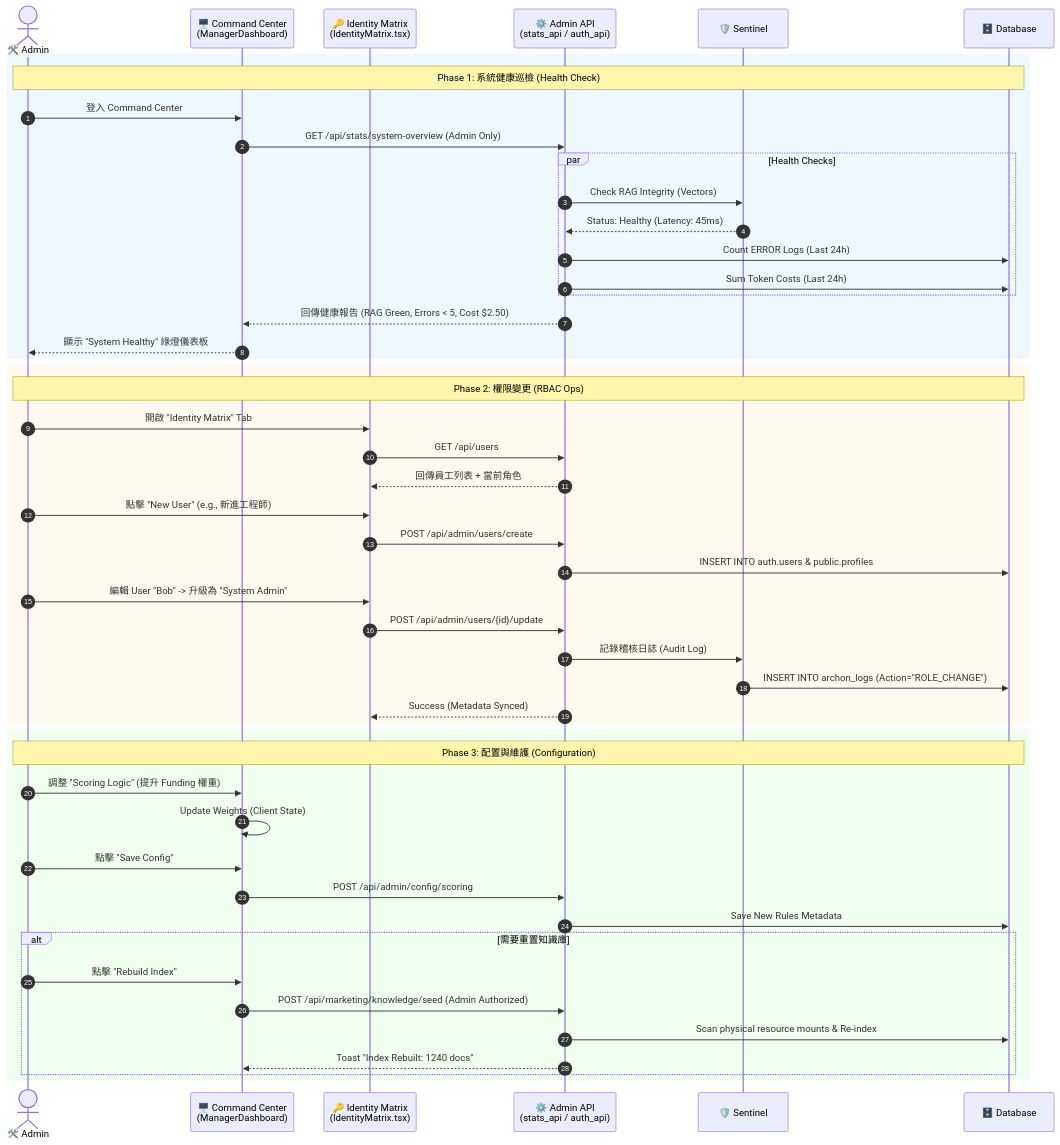
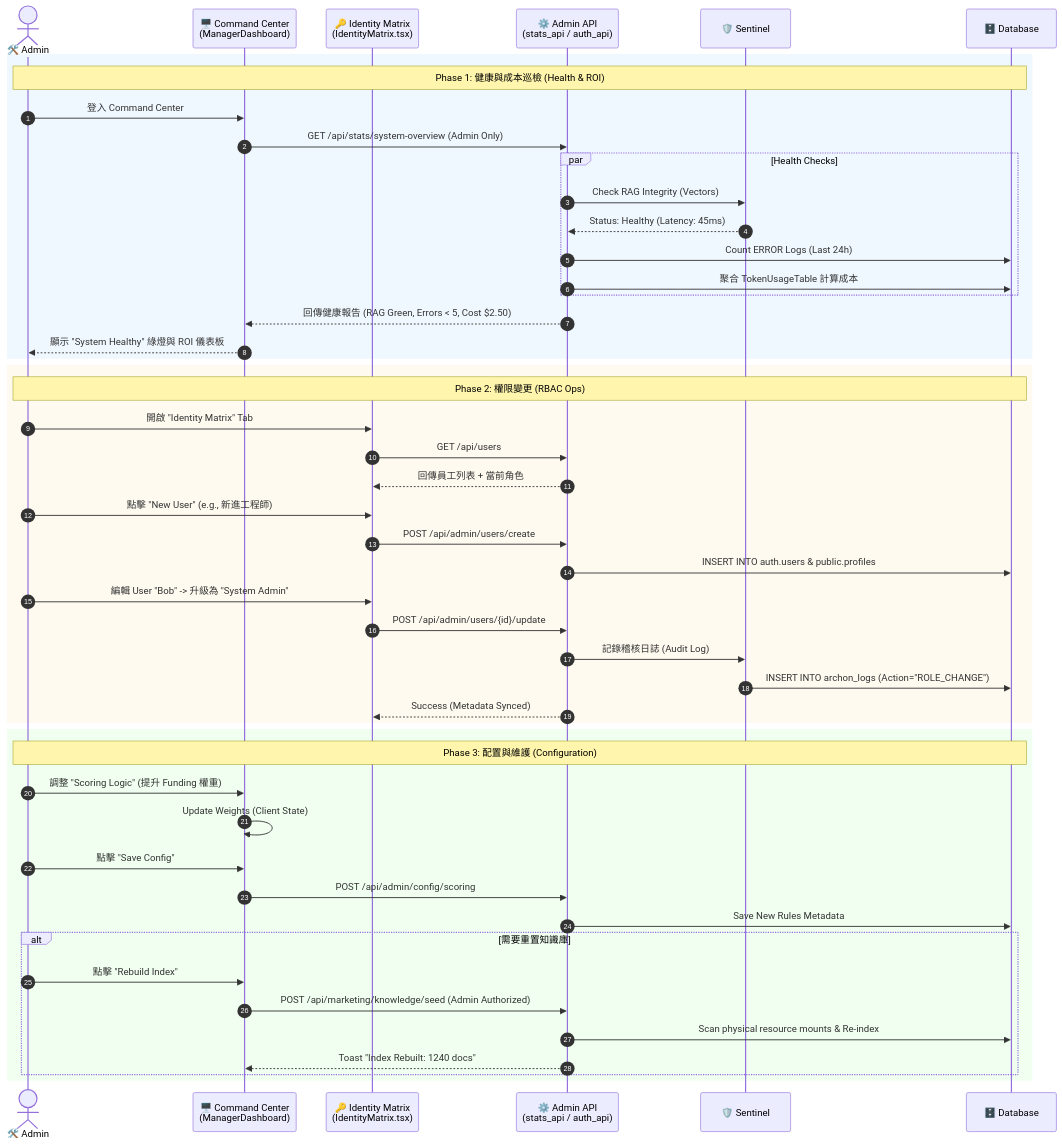
One commit to info-vin/Archon changed the diagram in PRPs/Phase_4.6.4_Admin_Persona_Workflows.md. Above: the diagram before and after it, drawn with Mermaid. The commit also changed other lines of this file and 14 other files, not shown here.

````diff
--- a/PRPs/Phase_4.6.4_Admin_Persona_Workflows.md
+++ b/PRPs/Phase_4.6.4_Admin_Persona_Workflows.md
@@ -43,72 +43,72 @@
 ```mermaid
 sequenceDiagram
     autonumber
     actor Admin as 🛠️ Admin
     participant UI as 🖥️ Command Center<br>(ManagerDashboard)
     participant RBAC as 🔑 Identity Matrix<br>(IdentityMatrix.tsx)
     participant API as ⚙️ Admin API<br>(stats_api / auth_api)
     participant Sentinel as 🛡️ Sentinel
     participant DB as 🗄️ Database
 
     %% ==========================================
-    %% 1. 系統健康巡檢 (System Health Check)
+    %% 1. 系統健康與成本巡檢 (System Health & ROI Check)
     %% ==========================================
     rect rgb(240, 248, 255)
-    Note over Admin, DB: Phase 1: 系統健康巡檢 (Health Check)
+    Note over Admin, DB: Phase 1: 健康與成本巡檢 (Health & ROI)
     
     Admin->>UI: 登入 Command Center
     UI->>API: GET /api/stats/system-overview (Admin Only)
     
     par Health Checks
         API->>Sentinel: Check RAG Integrity (Vectors)
         Sentinel-->>API: Status: Healthy (Latency: 45ms)
         API->>DB: Count ERROR Logs (Last 24h)
-        API->>DB: Sum Token Costs (Last 24h)
+        API->>DB: 聚合 TokenUsageTable 計算成本
     end
     
     API-->>UI: 回傳健康報告 (RAG Green, Errors < 5, Cost $2.50)
-    UI-->>Admin: 顯示 "System Healthy" 綠燈儀表板
+    UI-->>Admin: 顯示 "System Healthy" 綠燈與 ROI 儀表板
     end
 
     %% ==========================================
     %% 2. 身份與權限管理 (RBAC Management)
     %% ==========================================
     rect rgb(255, 250, 240)
     Note over Admin, DB: Phase 2: 權限變更 (RBAC Ops)
     
     Admin->>RBAC: 開啟 "Identity Matrix" Tab
     RBAC->>API: GET /api/users
     API-->>RBAC: 回傳員工列表 + 當前角色
     
     Admin->>RBAC: 點擊 "New User" (e.g., 新進工程師)
     RBAC->>API: POST /api/admin/users/create
     API->>DB: INSERT INTO auth.users & public.profiles
     
     Admin->>RBAC: 編輯 User "Bob" -> 升級為 "System Admin"
     RBAC->>API: POST /api/admin/users/{id}/update
     
     API->>Sentinel: 記錄稽核日誌 (Audit Log)
     Sentinel->>DB: INSERT INTO archon_logs (Action="ROLE_CHANGE")
     API-->>RBAC: Success (Metadata Synced)
     end
 
     %% ==========================================
     %% 3. 系統配置與維護 (System Ops)
     %% ==========================================
     rect rgb(240, 255, 240)
     Note over Admin, DB: Phase 3: 配置與維護 (Configuration)
     
     Admin->>UI: 調整 "Scoring Logic" (提升 Funding 權重)
     UI->>UI: Update Weights (Client State)
     Admin->>UI: 點擊 "Save Config"
     UI->>API: POST /api/admin/config/scoring
     API->>DB: Save New Rules Metadata
     
     alt 需要重置知識庫
         Admin->>UI: 點擊 "Rebuild Index"
         UI->>API: POST /api/marketing/knowledge/seed (Admin Authorized)
         API->>DB: Scan physical resource mounts & Re-index
         API-->>UI: Toast "Index Rebuilt: 1240 docs"
     end
     end
 ```
````
